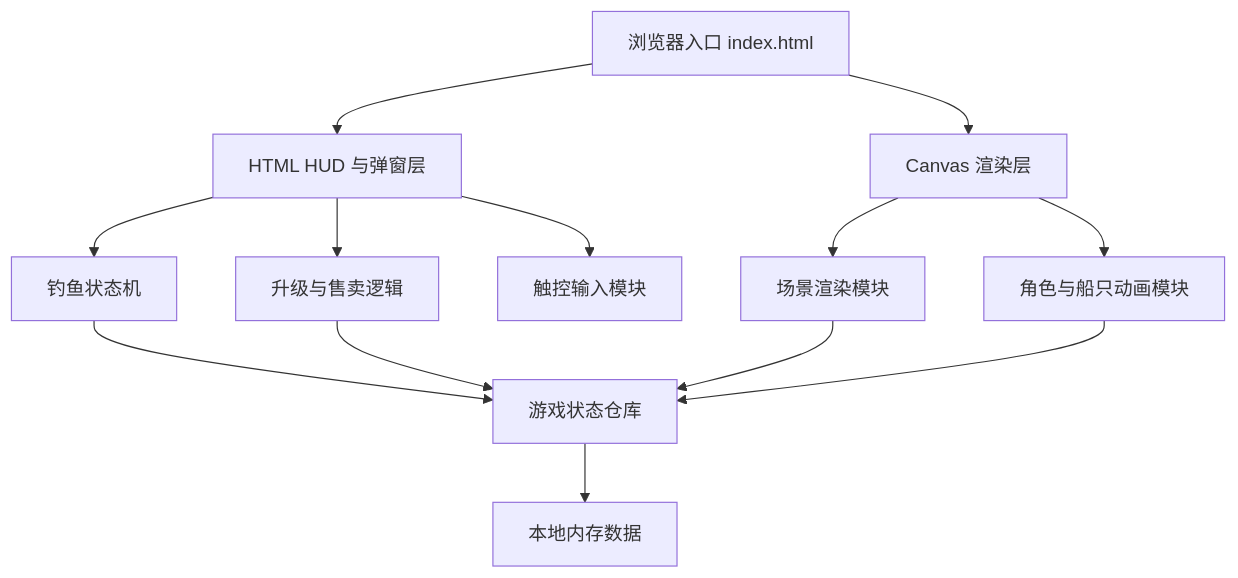
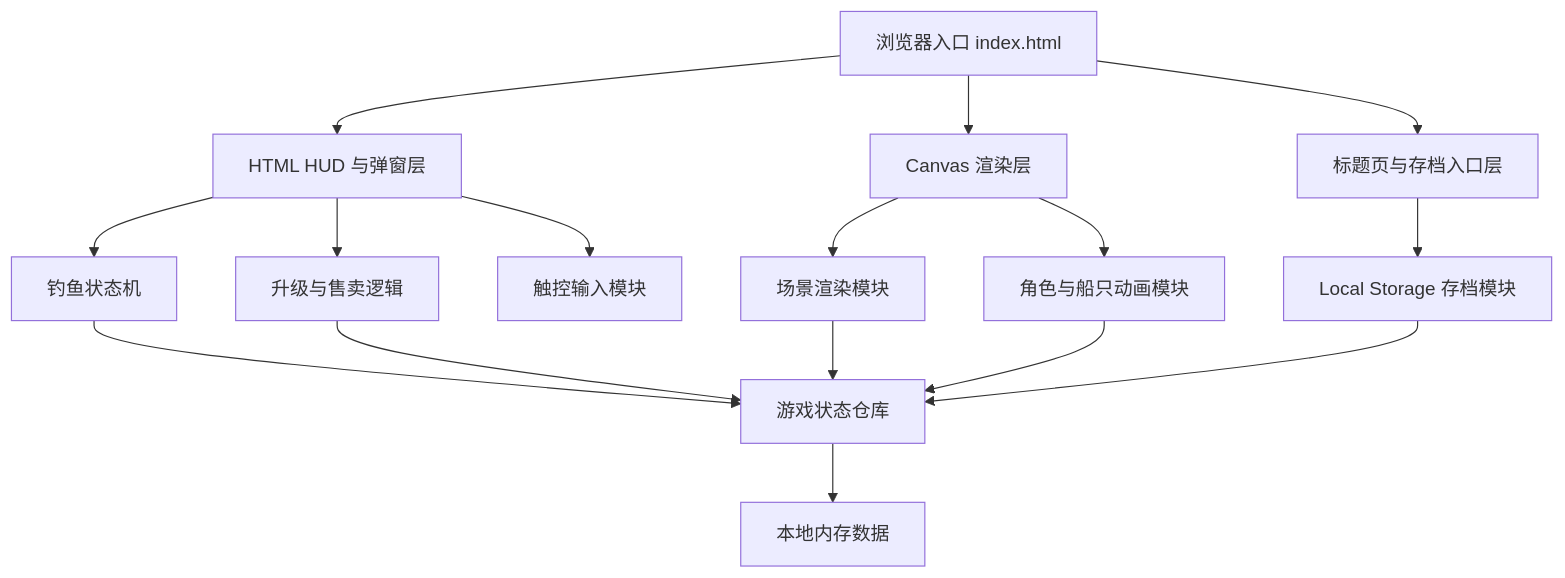
The diagram in .trae/documents/海岛钓鱼休闲游戏-技术方案.md (Allen-Wy/Amamiya-s-sky-Demo-v1.0), drawn with Mermaid before and after one commit. The commit also changed other lines of this file and 3 other files, not shown here.

````diff
--- a/.trae/documents/海岛钓鱼休闲游戏-技术方案.md
+++ b/.trae/documents/海岛钓鱼休闲游戏-技术方案.md
@@ -2,15 +2,18 @@
 ```mermaid
 flowchart TD
   A["浏览器入口 index.html"] --> B["Canvas 渲染层"]
   A --> C["HTML HUD 与弹窗层"]
+  A --> K["标题页与存档入口层"]
   B --> D["场景渲染模块"]
   B --> E["角色与船只动画模块"]
   C --> F["触控输入模块"]
   C --> G["钓鱼状态机"]
   C --> H["升级与售卖逻辑"]
+  K --> L["Local Storage 存档模块"]
   G --> I["游戏状态仓库"]
   H --> I
   D --> I
   E --> I
+  L --> I
   I --> J["本地内存数据"]
 ```
````
